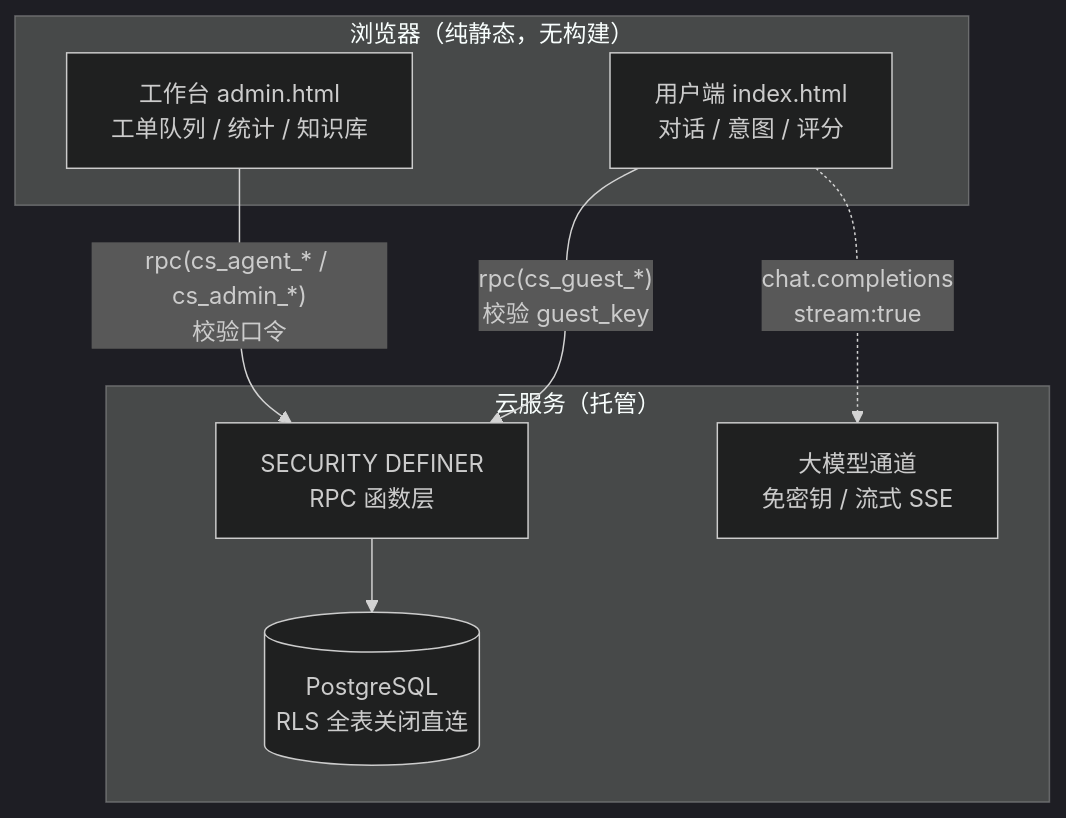
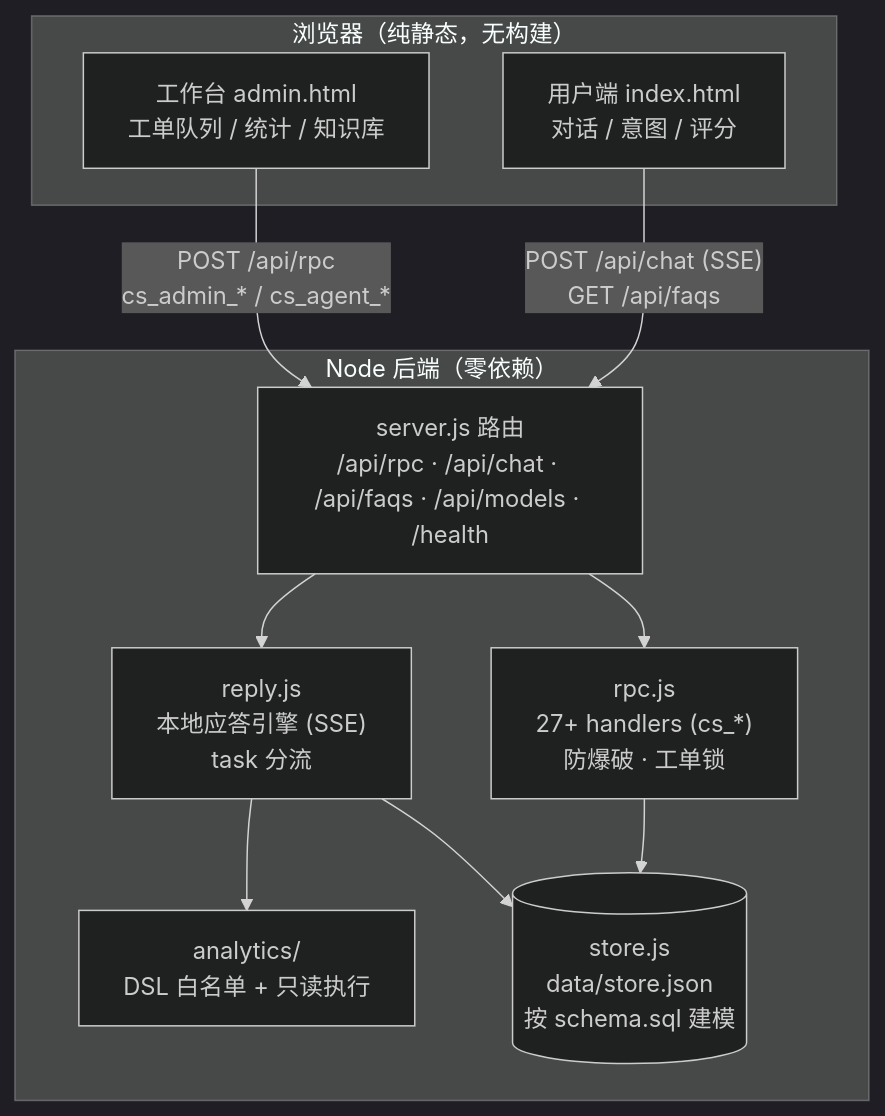
The diagram in README.md (cry-88/kubao-support-agent), drawn with Mermaid (dark theme) before and after one commit. The commit also changed other lines of this file and 3 other files, not shown here.

````diff
--- a/README.md
+++ b/README.md
@@ -118,18 +118,23 @@
 ```mermaid
 flowchart TB
     subgraph 浏览器["浏览器（纯静态，无构建）"]
         U["用户端 index.html<br/>对话 / 意图 / 评分"]
         A["工作台 admin.html<br/>工单队列 / 统计 / 知识库"]
     end
 
-    subgraph 云["云服务（托管）"]
-        DB[("PostgreSQL<br/>RLS 全表关闭直连")]
-        FN["SECURITY DEFINER<br/>RPC 函数层"]
-        LLM["大模型通道<br/>免密钥 / 流式 SSE"]
+    subgraph 后端["Node 后端（零依赖）"]
+        API["server.js 路由<br/>/api/rpc · /api/chat · /api/faqs · /api/models · /health"]
+        RPC["rpc.js<br/>27+ handlers (cs_*)<br/>防爆破 · 工单锁"]
+        REPLY["reply.js<br/>本地应答引擎 (SSE)<br/>task 分流"]
+        AN["analytics/<br/>DSL 白名单 + 只读执行"]
+        STORE[("store.js<br/>data/store.json<br/>按 schema.sql 建模")]
     end
 
-    U -- "rpc(cs_guest_*)<br/>校验 guest_key" --> FN
-    A -- "rpc(cs_agent_* / cs_admin_*)<br/>校验口令" --> FN
-    FN --> DB
-    U -. "chat.completions<br/>stream:true" .-> LLM
+    U -- "POST /api/chat (SSE)<br/>GET /api/faqs" --> API
+    A -- "POST /api/rpc<br/>cs_admin_* / cs_agent_*" --> API
+    API --> RPC
+    API --> REPLY
+    REPLY --> AN
+    RPC --> STORE
+    REPLY --> STORE
 ```
````
